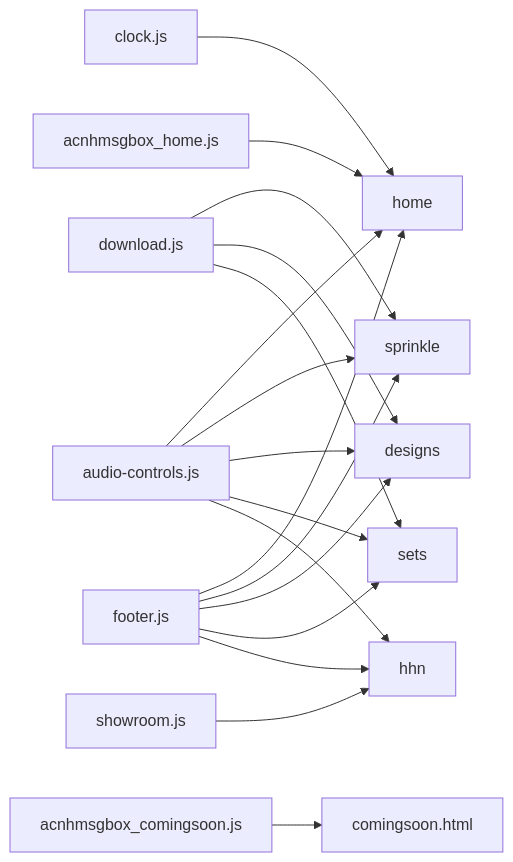
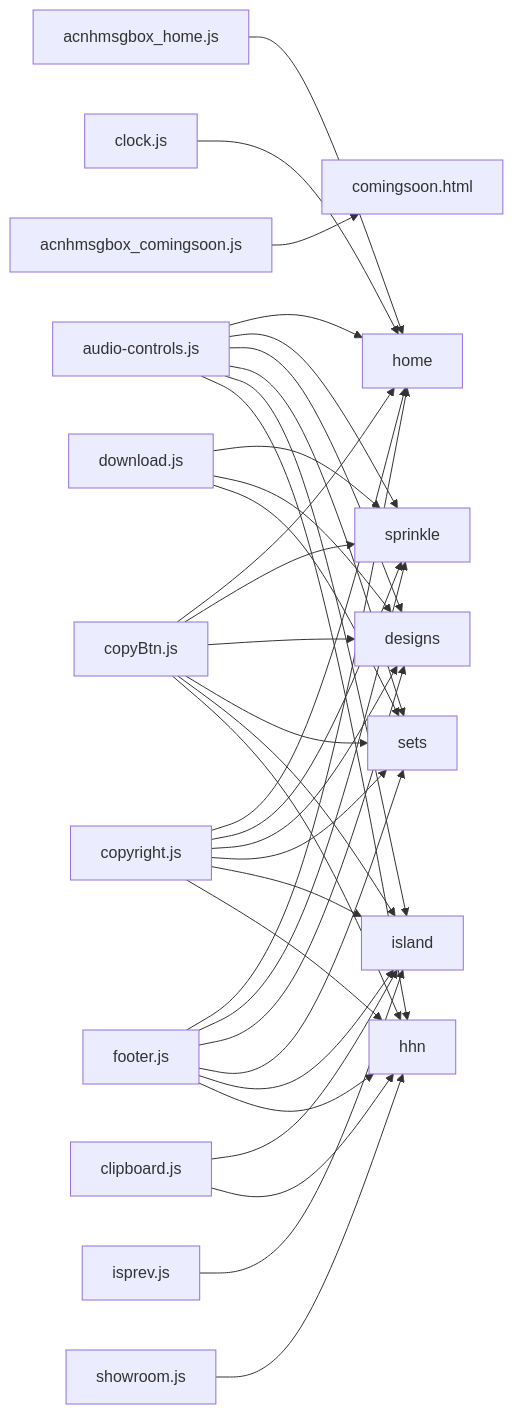
The second of 2 diagrams in README.md (Reper2/acnh), drawn with Mermaid before and after one commit. The commit also changed other lines of this file and 194 other files, not shown here.

Commit message:
Finished island preview page, improved hhn showroom page, simplified format of sprinkle order files, new backgrounds...

````diff
--- a/README.md
+++ b/README.md
@@ -89,26 +116,46 @@
 ```mermaid
 graph LR;
-    clock.js-->home
+    acnhmsgbox_home.js-->home;
+    acnhmsgbox_comingsoon.js-->comingsoon.html;
 
-    download.js-->sprinkle
-    download.js-->designs
-    download.js-->sets
+    audio-controls.js-->home;
+    audio-controls.js-->sprinkle;
+    audio-controls.js-->designs;
+    audio-controls.js-->sets;
+    audio-controls.js-->island;
+    audio-controls.js-->hhn;
 
-    showroom.js-->hhn
+    clipboard.js-->island;
+    clipboard.js-->hhn;
 
-    acnhmsgbox_home.js-->home
+    clock.js-->home;
 
-    acnhmsgbox_comingsoon.js-->comingsoon.html
+    copyBtn.js-->home;
+    copyBtn.js-->sprinkle;
+    copyBtn.js-->designs;
+    copyBtn.js-->sets;
+    copyBtn.js-->island;
+    copyBtn.js-->hhn;
 
-    audio-controls.js-->home
-    audio-controls.js-->sprinkle
-    audio-controls.js-->designs
-    audio-controls.js-->sets
-    audio-controls.js-->hhn
+    copyright.js-->home;
+    copyright.js-->sprinkle;
+    copyright.js-->designs;
+    copyright.js-->sets;
+    copyright.js-->island;
+    copyright.js-->hhn;
 
-    footer.js-->home
-    footer.js-->sprinkle
-    footer.js-->designs
-    footer.js-->sets
-    footer.js-->hhn
+    download.js-->sprinkle;
+    download.js-->designs;
+    download.js-->sets;
+
+    footer.js-->home;
+    footer.js-->sprinkle;
+    footer.js-->designs;
+    footer.js-->sets;
+    footer.js-->island;
+    footer.js-->hhn;
+
+    isprev.js-->island;
+
+    showroom.js-->hhn;
 ```
````
